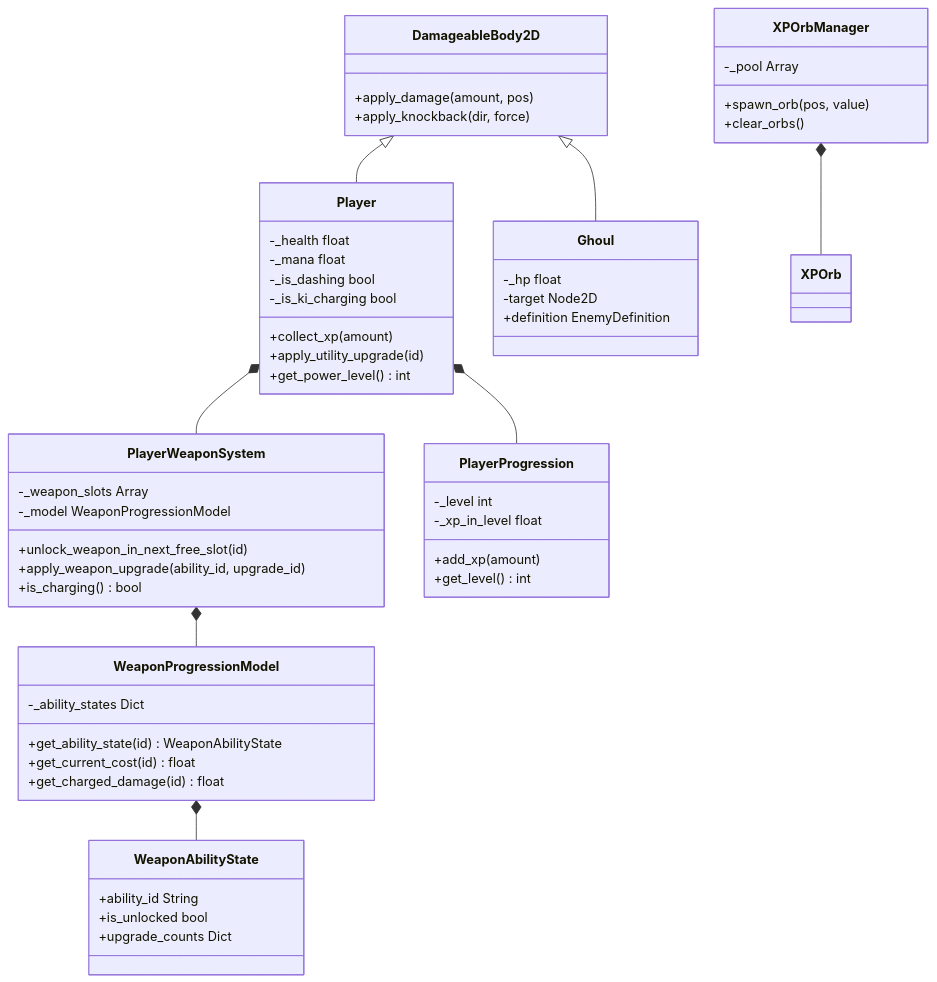
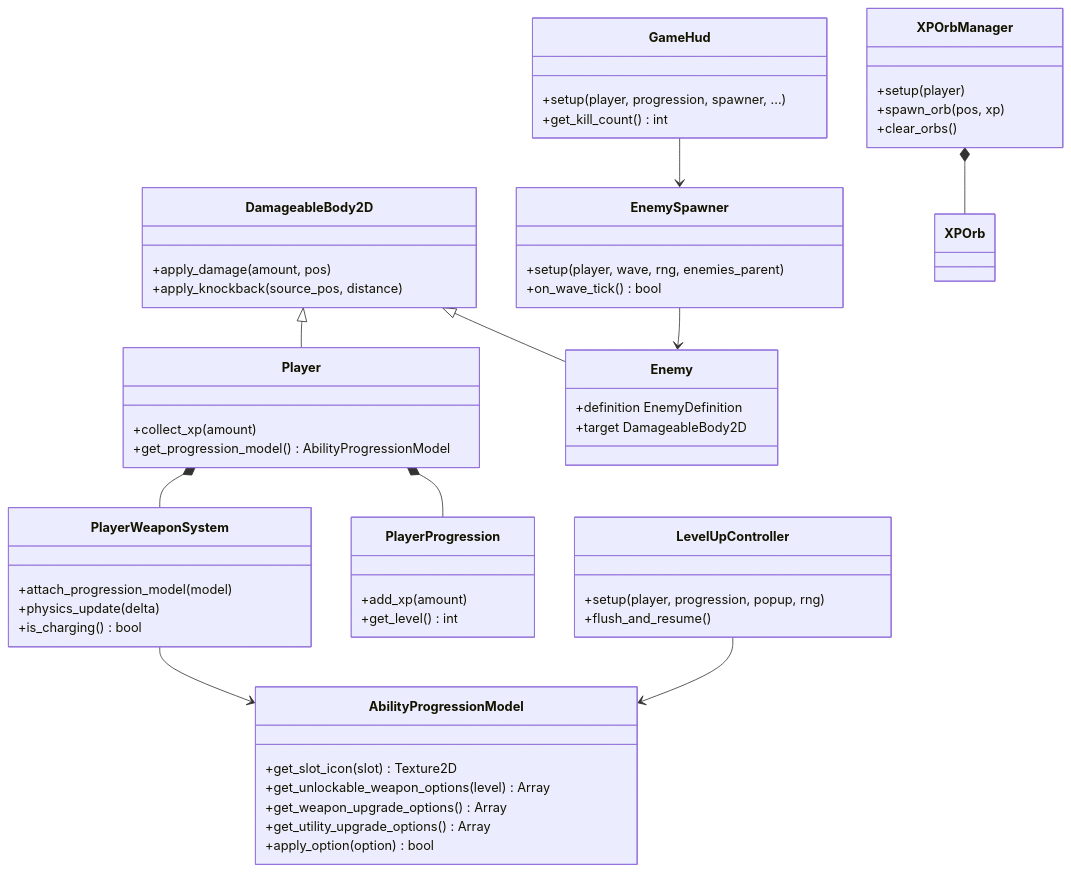
The fifth of 5 diagrams in ARCHITECTURE.md (mp1707/godot-survivors-game), drawn with Mermaid before and after one commit. The commit also changed other lines of this file and 5 other files, not shown here.

Commit message:
refactor: update architecture documentation, fix enemy spawning logic, and standardize level-up option parameter naming.

````diff
--- a/ARCHITECTURE.md
+++ b/ARCHITECTURE.md
@@ -207,65 +231,67 @@
 ```mermaid
 classDiagram
     class DamageableBody2D {
         +apply_damage(amount, pos)
-        +apply_knockback(dir, force)
+        +apply_knockback(source_pos, distance)
     }
 
     class Player {
-        -_health float
-        -_mana float
-        -_is_dashing bool
-        -_is_ki_charging bool
         +collect_xp(amount)
-        +apply_utility_upgrade(id)
-        +get_power_level() int
+        +get_progression_model() AbilityProgressionModel
     }
 
-    class Ghoul {
-        -_hp float
-        -target Node2D
+    class Enemy {
         +definition EnemyDefinition
+        +target DamageableBody2D
     }
 
     class PlayerWeaponSystem {
-        -_weapon_slots Array
-        -_model WeaponProgressionModel
-        +unlock_weapon_in_next_free_slot(id)
-        +apply_weapon_upgrade(ability_id, upgrade_id)
+        +attach_progression_model(model)
+        +physics_update(delta)
         +is_charging() bool
     }
 
-    class WeaponProgressionModel {
-        -_ability_states Dict
-        +get_ability_state(id) WeaponAbilityState
-        +get_current_cost(id) float
-        +get_charged_damage(id) float
-    }
-
-    class WeaponAbilityState {
-        +ability_id String
-        +is_unlocked bool
-        +upgrade_counts Dict
+    class AbilityProgressionModel {
+        +get_slot_icon(slot) Texture2D
+        +get_unlockable_weapon_options(level) Array
+        +get_weapon_upgrade_options() Array
+        +get_utility_upgrade_options() Array
+        +apply_option(option) bool
     }
 
     class PlayerProgression {
-        -_level int
-        -_xp_in_level float
         +add_xp(amount)
         +get_level() int
     }
 
+    class EnemySpawner {
+        +setup(player, wave, rng, enemies_parent)
+        +on_wave_tick() bool
+    }
+
+    class LevelUpController {
+        +setup(player, progression, popup, rng)
+        +flush_and_resume()
+    }
+
+    class GameHud {
+        +setup(player, progression, spawner, ...)
+        +get_kill_count() int
+    }
+
     class XPOrbManager {
-        -_pool Array
-        +spawn_orb(pos, value)
+        +setup(player)
+        +spawn_orb(pos, xp)
         +clear_orbs()
     }
 
     DamageableBody2D <|-- Player
-    DamageableBody2D <|-- Ghoul
+    DamageableBody2D <|-- Enemy
     Player *-- PlayerWeaponSystem
     Player *-- PlayerProgression
-    PlayerWeaponSystem *-- WeaponProgressionModel
-    WeaponProgressionModel *-- WeaponAbilityState
+    PlayerWeaponSystem --> AbilityProgressionModel
+    LevelUpController --> AbilityProgressionModel
+    EnemySpawner --> Enemy
+    GameHud --> EnemySpawner
     XPOrbManager *-- XPOrb
 ```
````
